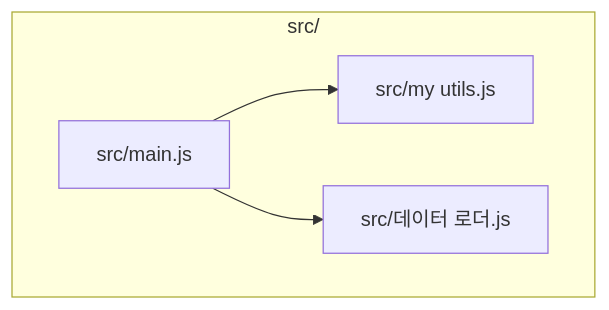
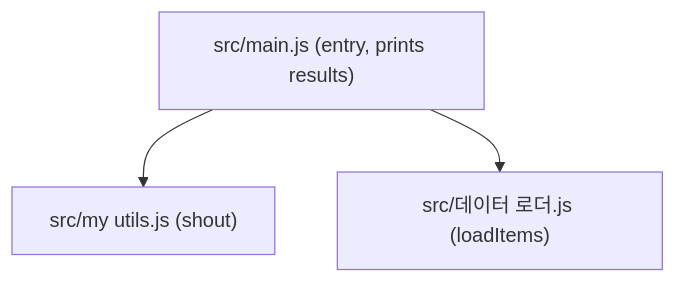
Before and after one commit to hxxnn/codemap: the third of 3 diagrams in examples/edge-names/docs/codemap/architecture.md, drawn with Mermaid. The commit also changed other lines of this file and 13 other files, not shown here.

````diff
--- a/examples/edge-names/docs/codemap/architecture.md
+++ b/examples/edge-names/docs/codemap/architecture.md
@@ -23,10 +40,8 @@
 ```mermaid
 flowchart TD
-  subgraph src["src/"]
-    main["src/main.js"]
-    utils["src/my utils.js"]
-    loader["src/데이터 로더.js"]
-  end
+  main["src/main.js (entry, prints results)"]
+  utils["src/my utils.js (shout)"]
+  loader["src/데이터 로더.js (loadItems)"]
   main --> utils
   main --> loader
 ```
````
